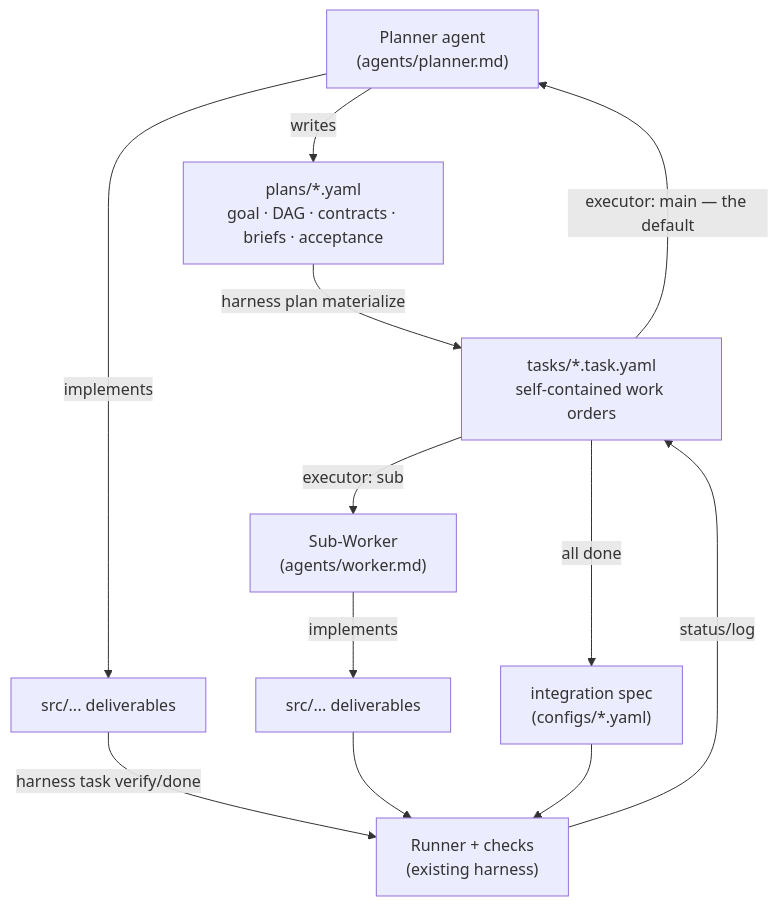
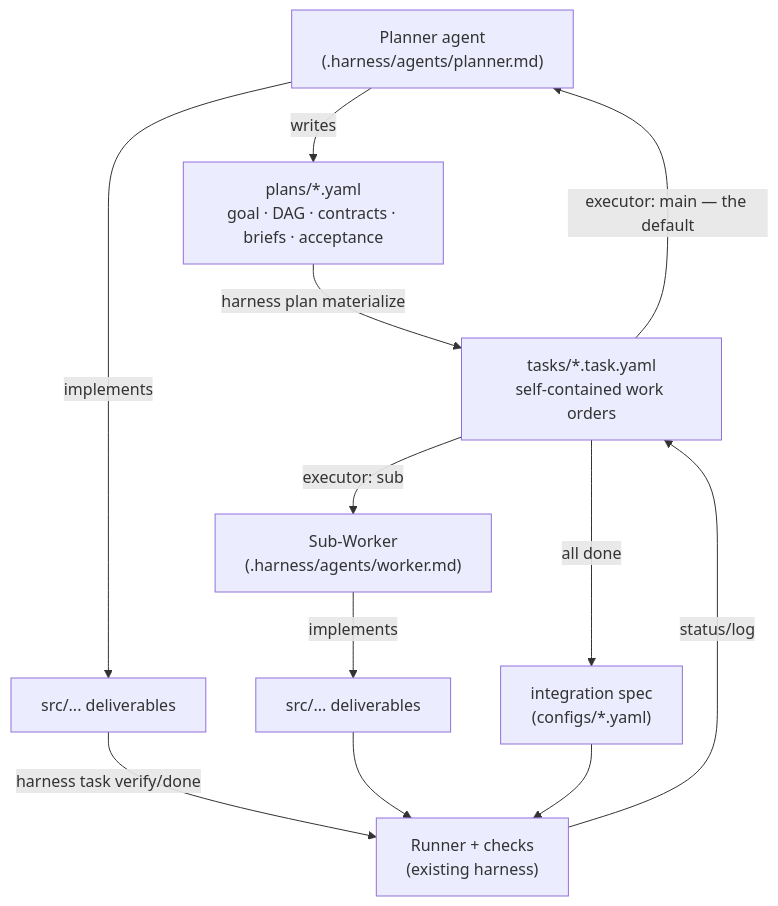
Before and after one commit to teasol/harness-template: the first of 2 diagrams in docs/orchestration.md, drawn with Mermaid. The commit also changed 16 other files, not shown here.

````diff
--- a/docs/orchestration.md
+++ b/docs/orchestration.md
@@ -21,14 +21,14 @@
 ```mermaid
 flowchart TD
-    P["Planner agent<br/>(agents/planner.md)"] -->|"writes"| PL["plans/*.yaml<br/>goal · DAG · contracts · briefs · acceptance"]
+    P["Planner agent<br/>(.harness/agents/planner.md)"] -->|"writes"| PL["plans/*.yaml<br/>goal · DAG · contracts · briefs · acceptance"]
     PL -->|"harness plan materialize"| T["tasks/*.task.yaml<br/>self-contained work orders"]
     T -->|"executor: main — the default"| P
-    T -->|"executor: sub"| W1["Sub-Worker<br/>(agents/worker.md)"]
+    T -->|"executor: sub"| W1["Sub-Worker<br/>(.harness/agents/worker.md)"]
     P -->|"implements"| S1["src/... deliverables"]
     W1 -->|"implements"| S2["src/... deliverables"]
     S1 -->|"harness task verify/done"| H["Runner + checks<br/>(existing harness)"]
     S2 --> H
     H -->|"status/log"| T
     T -->|"all done"| I["integration spec<br/>(configs/*.yaml)"]
     I --> H
 ```
````
